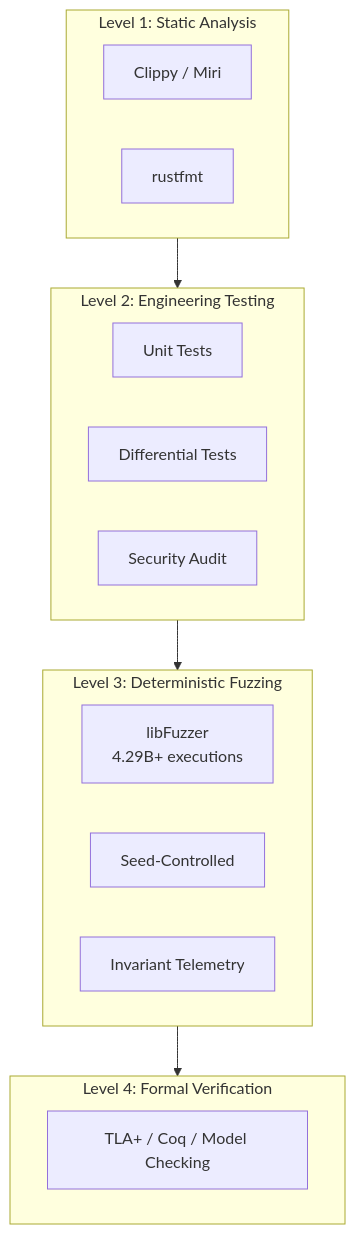
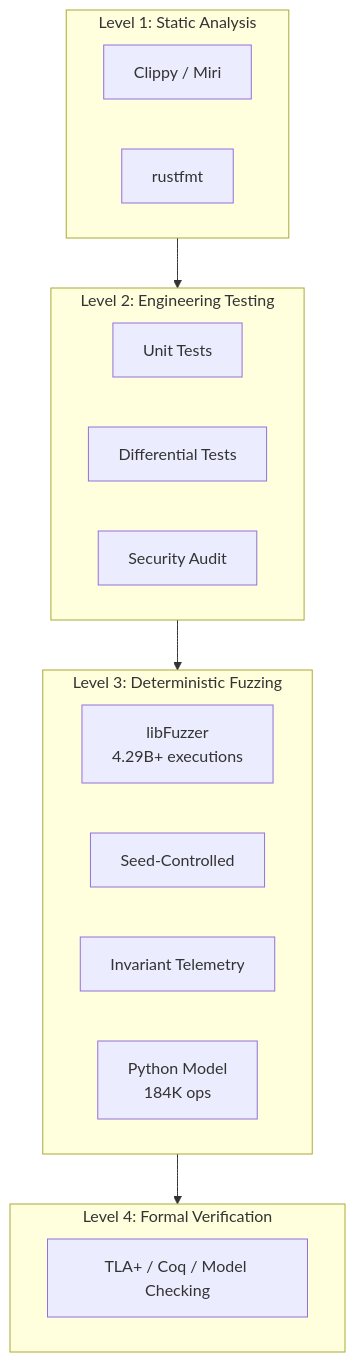
Before and after one commit to RFT-SIRM/UltraCore-RFT: the second of 4 diagrams in PITCH.md, drawn with Mermaid. The commit also changed other lines of this file, not shown here.

````diff
--- a/PITCH.md
+++ b/PITCH.md
@@ -159,21 +186,24 @@
 ```mermaid
 flowchart TB
-    subgraph L4["Level 4: Formal Verification"]
-        TLA["TLA+ / Coq / Model Checking"]
-    end
-    subgraph L3["Level 3: Deterministic Fuzzing"]
-        FUZZ["libFuzzer<br/>4.29B+ executions"]
-        SEED["Seed-Controlled"]
-        INV["Invariant Telemetry"]
-    end
-    subgraph L2["Level 2: Engineering Testing"]
-        UNIT["Unit Tests"]
-        DIFF["Differential Tests"]
-        AUDIT["Security Audit"]
-    end
-    subgraph L1["Level 1: Static Analysis"]
-        CLIP["Clippy / Miri"]
-        FMT["rustfmt"]
-    end
-    L1 --> L2 --> L3 --> L4
+ subgraph L4["Level 4: Formal Verification"]
+ TLA["TLA+ / Coq / Model Checking"]
+ end
+ subgraph L3["Level 3: Deterministic Fuzzing"]
+ FUZZ["libFuzzer
+4.29B+ executions"]
+ SEED["Seed-Controlled"]
+ INV["Invariant Telemetry"]
+ AAVE["Python Model
+184K ops"]
+ end
+ subgraph L2["Level 2: Engineering Testing"]
+ UNIT["Unit Tests"]
+ DIFF["Differential Tests"]
+ AUDIT["Security Audit"]
+ end
+ subgraph L1["Level 1: Static Analysis"]
+ CLIP["Clippy / Miri"]
+ FMT["rustfmt"]
+ end
+ L1 --> L2 --> L3 --> L4
 ```
````
